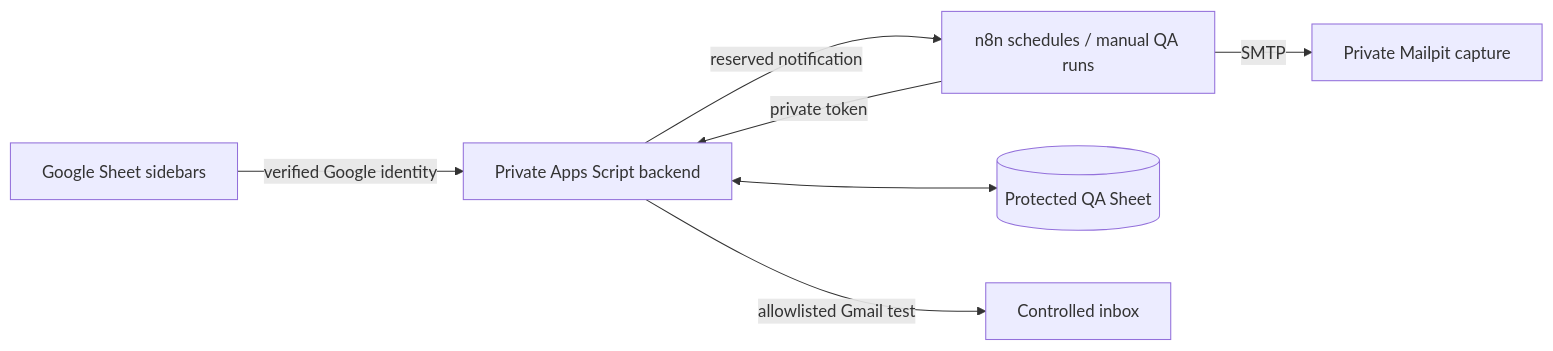
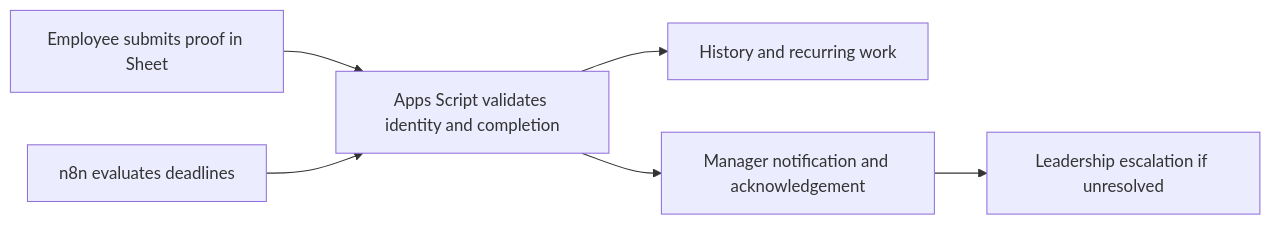
The diagram in README.md (kabbersokhi-boop/recurring-ops-automation), drawn with Mermaid before and after one commit. The commit also changed other lines of this file and 48 other files, not shown here.

````diff
--- a/README.md
+++ b/README.md
@@ -63,9 +45,8 @@
 ```mermaid
 flowchart LR
-  S[Google Sheet sidebars] -->|verified Google identity| B[Private Apps Script backend]
-  N[n8n schedules / manual QA runs] -->|private token| B
-  B <--> Q[(Protected QA Sheet)]
-  B -->|reserved notification| N
-  N -->|SMTP| M[Private Mailpit capture]
-  B -->|allowlisted Gmail test| G[Controlled inbox]
+  E[Employee submits proof in Sheet] --> B[Apps Script validates identity and completion]
+  B --> H[History and recurring work]
+  N[n8n evaluates deadlines] --> B
+  B --> M[Manager notification and acknowledgement]
+  M --> L[Leadership escalation if unresolved]
 ```
````
